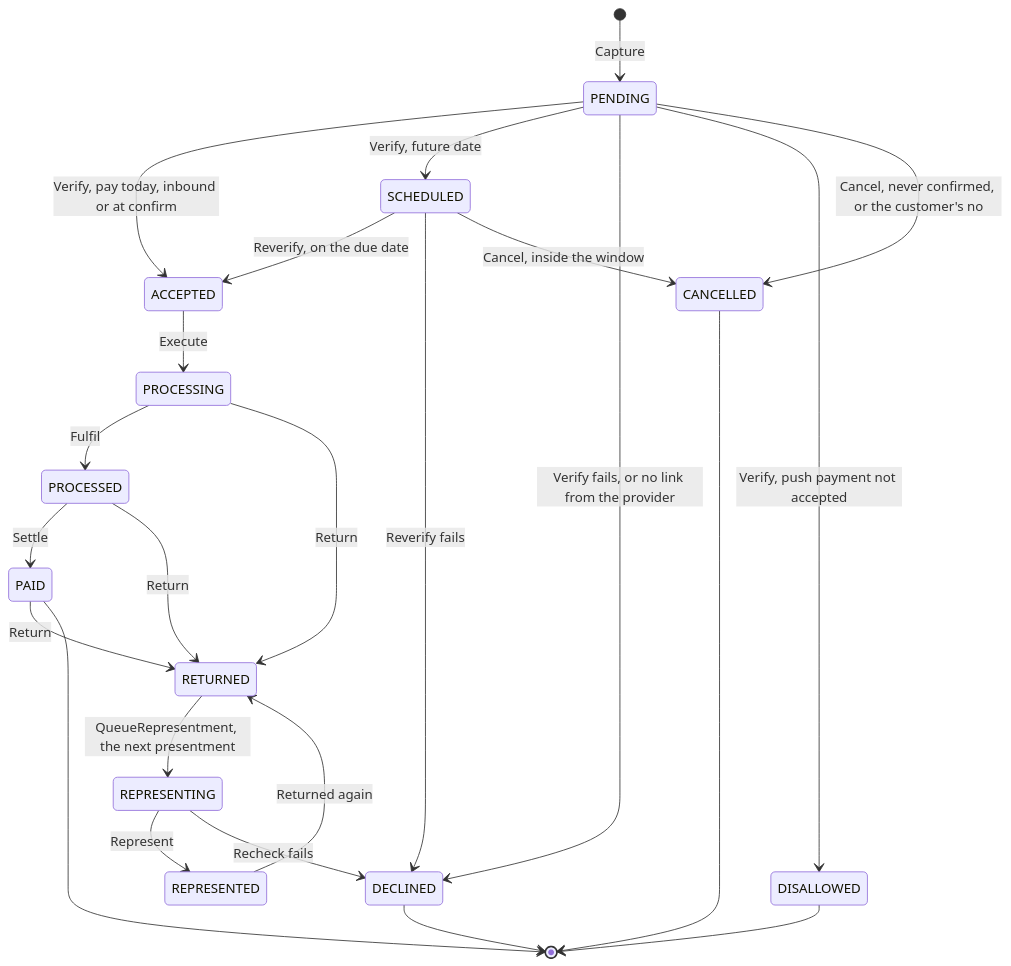
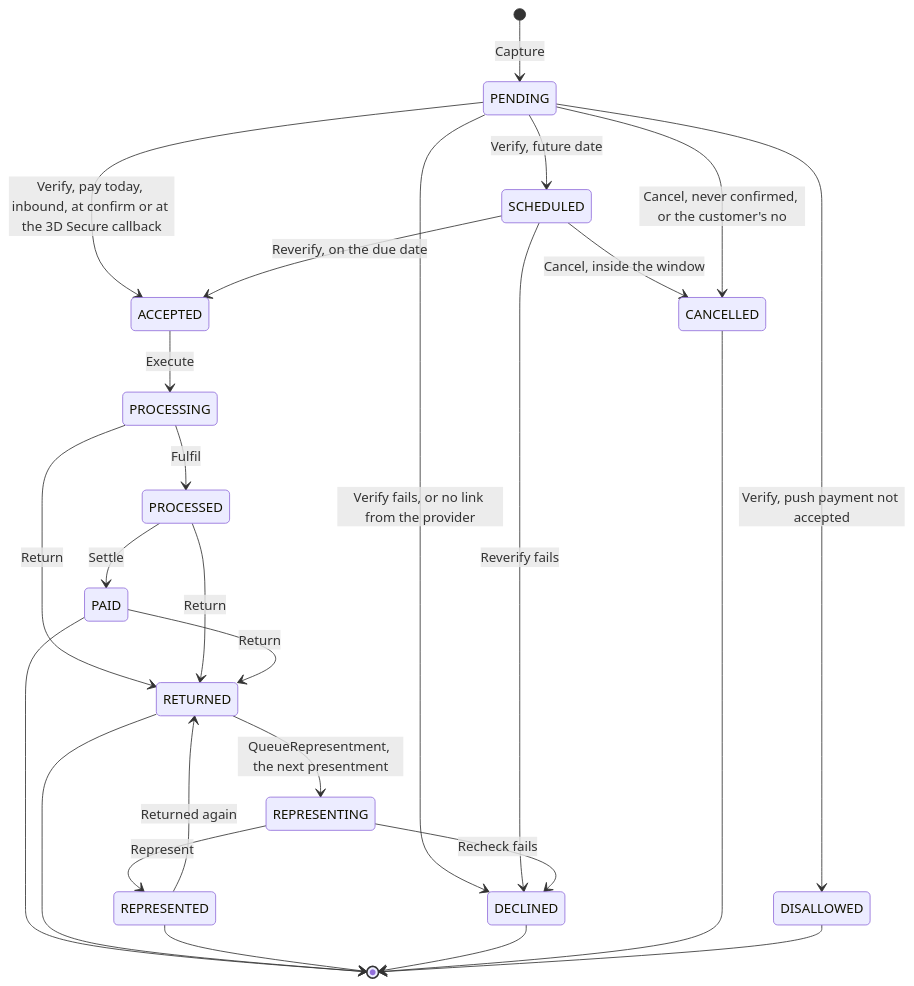
The first of 2 diagrams in docs/Wiki_Spec.md (arunav-bhattacharya/billpay-book), drawn with Mermaid before and after one commit. The commit also changed other lines of this file and 45 other files, not shown here.

````diff
--- a/docs/Wiki_Spec.md
+++ b/docs/Wiki_Spec.md
@@ -1893,26 +2019,28 @@
 ```mermaid
 stateDiagram-v2
     [*] --> PENDING: Capture
-    PENDING --> ACCEPTED: Verify, pay today, inbound or at confirm
+    PENDING --> ACCEPTED: Verify, pay today, inbound, at confirm or at the 3D Secure callback
     PENDING --> SCHEDULED: Verify, future date
     PENDING --> DECLINED: Verify fails, or no link from the provider
     PENDING --> DISALLOWED: Verify, push payment not accepted
     SCHEDULED --> ACCEPTED: Reverify, on the due date
     SCHEDULED --> DECLINED: Reverify fails
     SCHEDULED --> CANCELLED: Cancel, inside the window
     PENDING --> CANCELLED: Cancel, never confirmed, or the customer's no
     ACCEPTED --> PROCESSING: Execute
     PROCESSING --> PROCESSED: Fulfil
     PROCESSED --> PAID: Settle
     PROCESSING --> RETURNED: Return
     PROCESSED --> RETURNED: Return
     PAID --> RETURNED: Return
     RETURNED --> REPRESENTING: QueueRepresentment, the next presentment
     REPRESENTING --> REPRESENTED: Represent
     REPRESENTING --> DECLINED: Recheck fails
     REPRESENTED --> RETURNED: Returned again
     PAID --> [*]
+    RETURNED --> [*]
+    REPRESENTED --> [*]
     DECLINED --> [*]
     CANCELLED --> [*]
     DISALLOWED --> [*]
 ```
````
